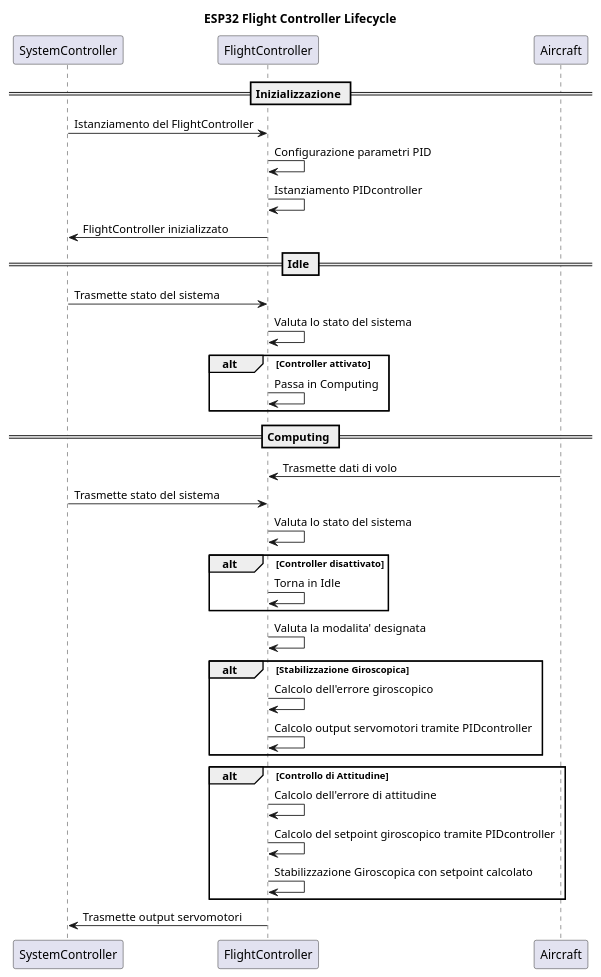
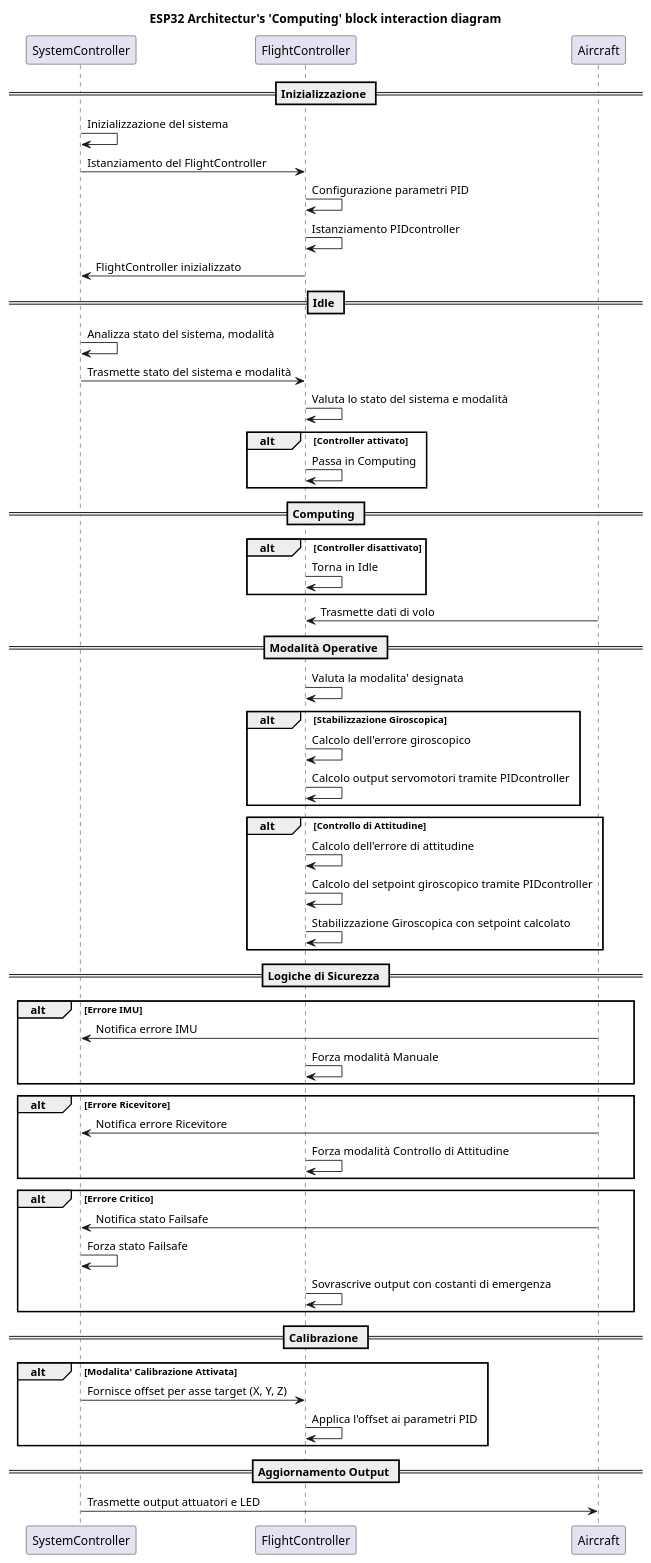
The diagram in docs/Diagrams/esp32_flightcontroller_lifecycle.puml (ZeroEra99/ESP32_FlightController), drawn with PlantUML before and after one commit. The commit also changed 1 other file, not shown here.

```diff
--- a/docs/Diagrams/esp32_flightcontroller_lifecycle.puml
+++ b/docs/Diagrams/esp32_flightcontroller_lifecycle.puml
@@ -1,46 +1,71 @@
 @startuml esp32_flightcontroller_lifecycle
 
-title ESP32 Flight Controller Lifecycle
+title ESP32 Architectur's 'Computing' block interaction diagram
 
 participant "SystemController" as SC
 participant "FlightController" as FC
 participant "Aircraft" as AC
 
-
 == Inizializzazione ==
+SC -> SC : Inizializzazione del sistema
 SC -> FC : Istanziamento del FlightController
 FC -> FC : Configurazione parametri PID
 FC -> FC : Istanziamento PIDcontroller
 FC -> SC : FlightController inizializzato
 
 == Idle ==
-SC -> FC : Trasmette stato del sistema
-FC -> FC : Valuta lo stato del sistema
+SC -> SC : Analizza stato del sistema, modalità
+SC -> FC : Trasmette stato del sistema e modalità
+FC -> FC : Valuta lo stato del sistema e modalità
 alt Controller attivato
     FC -> FC : Passa in Computing
 end
 
 == Computing ==
-AC -> FC : Trasmette dati di volo
-SC -> FC : Trasmette stato del sistema
-FC -> FC : Valuta lo stato del sistema
-
 alt Controller disattivato
     FC -> FC : Torna in Idle
 end
 
+AC -> FC : Trasmette dati di volo
+
+== Modalità Operative ==
 FC -> FC : Valuta la modalita' designata
 alt Stabilizzazione Giroscopica
     FC -> FC : Calcolo dell'errore giroscopico
     FC -> FC : Calcolo output servomotori tramite PIDcontroller
 end
 
 alt Controllo di Attitudine
     FC -> FC : Calcolo dell'errore di attitudine
     FC -> FC : Calcolo del setpoint giroscopico tramite PIDcontroller
     FC -> FC : Stabilizzazione Giroscopica con setpoint calcolato
 end
 
-FC -> SC : Trasmette output servomotori
+== Logiche di Sicurezza ==
+alt Errore IMU
+    AC -> SC : Notifica errore IMU
+    FC -> FC : Forza modalità Manuale
+end
+
+alt Errore Ricevitore
+    AC -> SC : Notifica errore Ricevitore
+    FC -> FC : Forza modalità Controllo di Attitudine
+
+end
+
+alt Errore Critico
+    AC -> SC : Notifica stato Failsafe
+    SC -> SC : Forza stato Failsafe
+    FC -> FC : Sovrascrive output con costanti di emergenza
+end
+
+== Calibrazione ==
+alt Modalita' Calibrazione Attivata
+    SC -> FC : Fornisce offset per asse target (X, Y, Z)
+    FC -> FC : Applica l'offset ai parametri PID
+end
+
+== Aggiornamento Output ==
+SC -> AC : Trasmette output attuatori e LED
 
 @enduml
```
